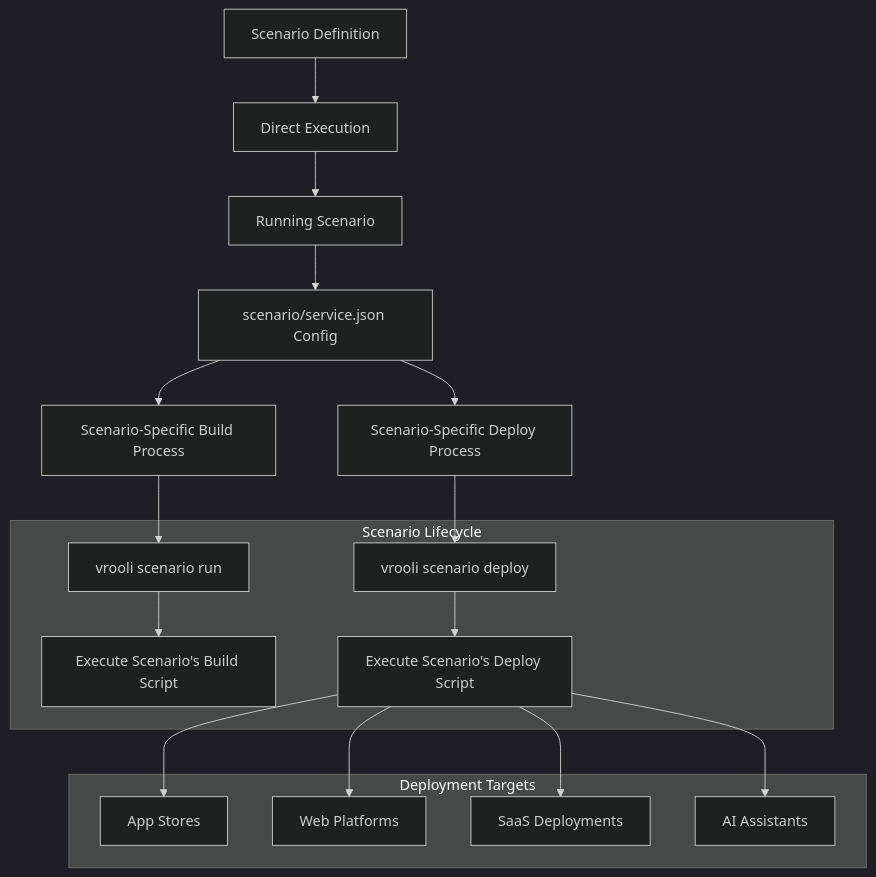
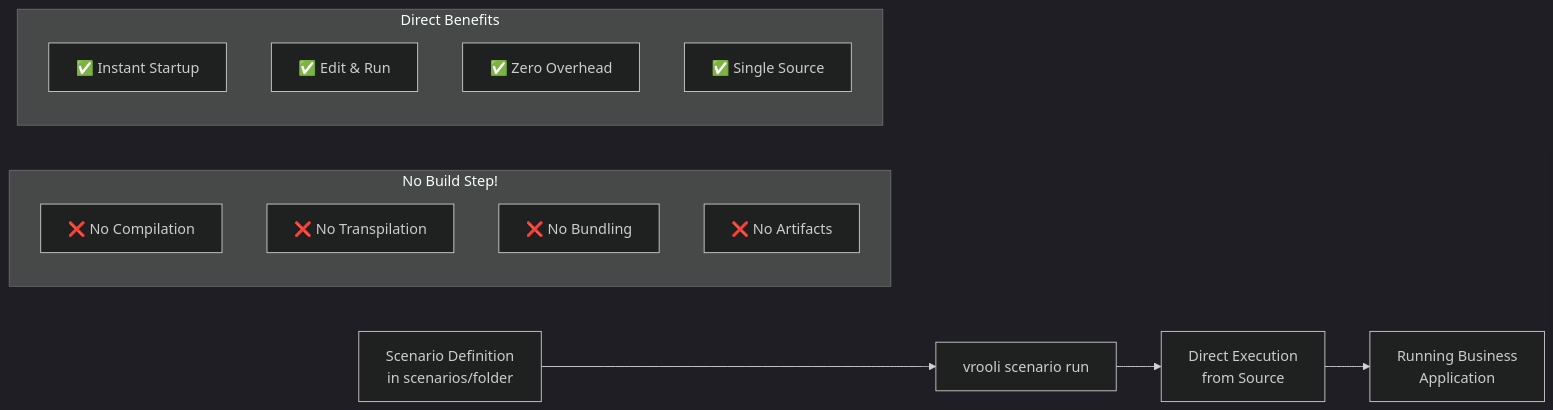
One commit to Vrooli/Vrooli changed the first of 2 diagrams in docs/devops/build-system.md. Above: the diagram before and after it, drawn with Mermaid (dark theme). The commit also changed other lines of this file and 99 other files, not shown here.

````diff
--- a/docs/devops/build-system.md
+++ b/docs/devops/build-system.md
@@ -13,28 +13,20 @@
 ```mermaid
-flowchart TD
-    A[Scenario Definition] --> B[Direct Execution]
-    B --> C[Running Scenario]
-    C --> D[scenario/service.json Config]
-    D --> E[Scenario-Specific Build Process]
-    D --> F[Scenario-Specific Deploy Process]
+flowchart LR
+    A[Scenario Definition<br/>in scenarios/folder] --> B[vrooli scenario run]
+    B --> C[Direct Execution<br/>from Source]
+    C --> D[Running Business<br/>Application]
     
-    subgraph "Scenario Lifecycle"
-        G[vrooli scenario run] --> H[Execute Scenario's Build Script]
-        I[vrooli scenario deploy] --> J[Execute Scenario's Deploy Script]
+    subgraph "No Build Step!"
+        E[❌ No Compilation]
+        F[❌ No Transpilation]
+        G[❌ No Bundling]
+        H[❌ No Artifacts]
     end
     
-    E --> G
-    F --> I
-    
-    subgraph "Deployment Targets"
-        K[App Stores]
-        L[Web Platforms]
-        M[SaaS Deployments]
-        N[AI Assistants]
+    subgraph "Direct Benefits"
+        I[✅ Instant Startup]
+        J[✅ Edit & Run]
+        K[✅ Zero Overhead]
+        L[✅ Single Source]
     end
-    
-    J --> K
-    J --> L
-    J --> M
-    J --> N
 ```
````
